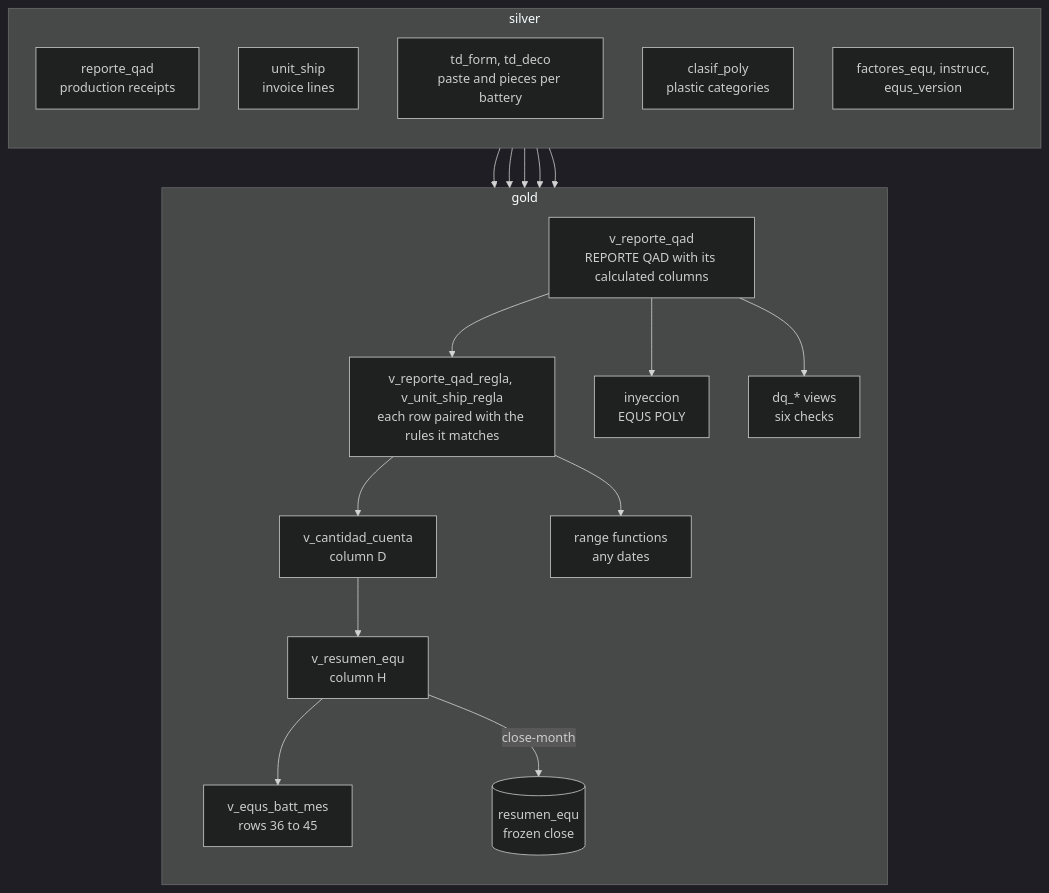
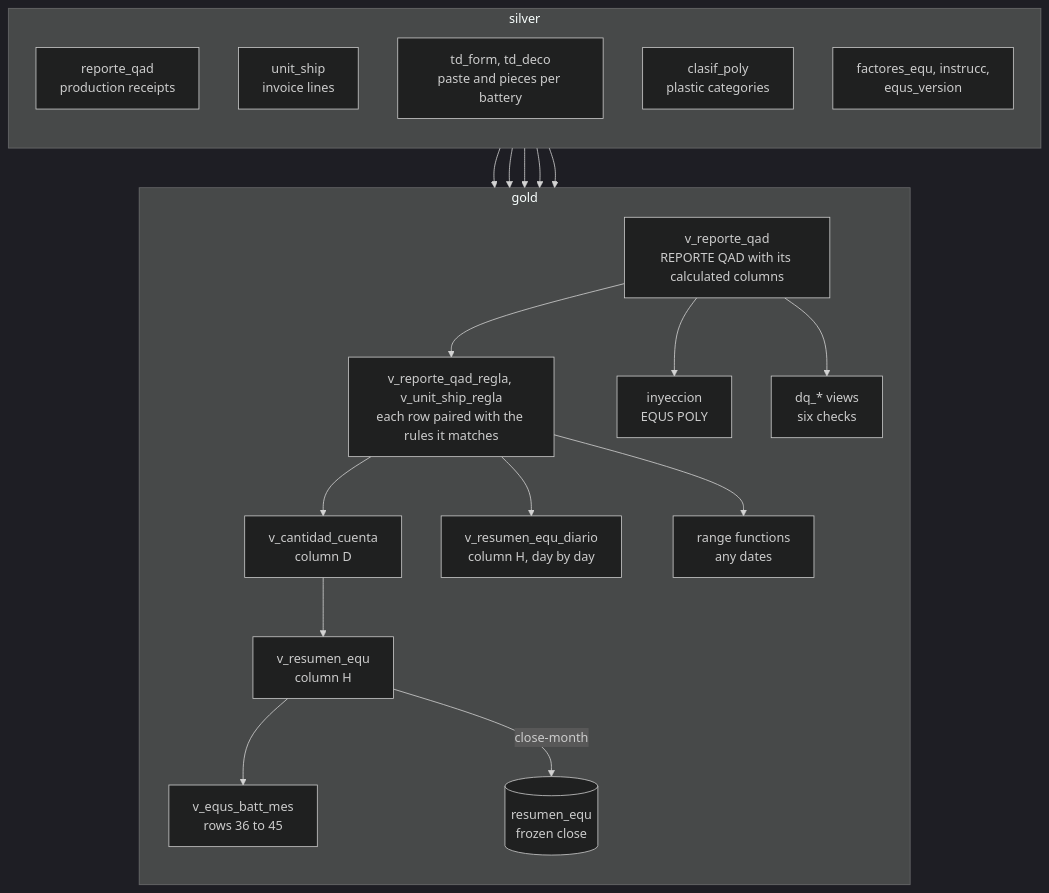
Before and after one commit to juanpablocarrillohortua/clarios_app: the ninth of 11 diagrams in docs/database_overview.md, drawn with Mermaid (dark theme). The commit also changed other lines of this file and 19 other files, not shown here.

````diff
--- a/docs/database_overview.md
+++ b/docs/database_overview.md
@@ -637,34 +637,36 @@
 ```mermaid
 flowchart TD
     subgraph S["silver"]
         direction TB
         RQ["reporte_qad<br/>production receipts"]
         US["unit_ship<br/>invoice lines"]
         TF["td_form, td_deco<br/>paste and pieces per battery"]
         CP["clasif_poly<br/>plastic categories"]
         RU["factores_equ, instrucc,<br/>equs_version"]
     end
     subgraph G["gold"]
         direction TB
         VR["v_reporte_qad<br/>REPORTE QAD with its calculated columns"]
         PR["v_reporte_qad_regla, v_unit_ship_regla<br/>each row paired with the rules it matches"]
         CC["v_cantidad_cuenta<br/>column D"]
         RE["v_resumen_equ<br/>column H"]
+        RD["v_resumen_equ_diario<br/>column H, day by day"]
         BM["v_equs_batt_mes<br/>rows 36 to 45"]
         IN["inyeccion<br/>EQUS POLY"]
         DQ["dq_* views<br/>six checks"]
         FN["range functions<br/>any dates"]
         CL[("resumen_equ<br/>frozen close")]
     end
     RQ --> VR
     TF --> VR
     CP --> VR
     VR --> PR
     US --> PR
     RU --> PR
     PR --> CC --> RE --> BM
+    PR --> RD
     VR --> IN
     PR --> FN
     VR --> DQ
     RE -- "close-month" --> CL
 ```
````
